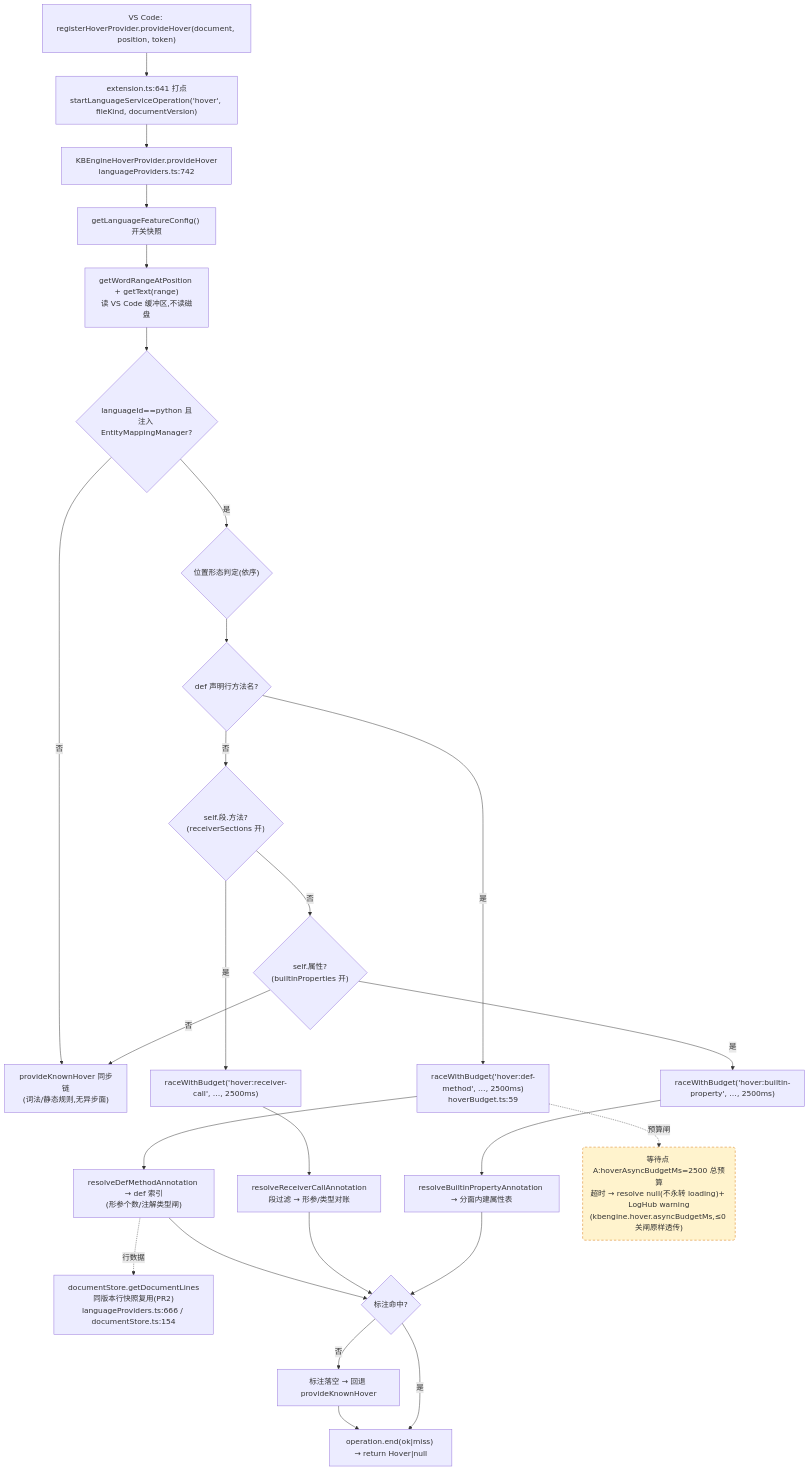
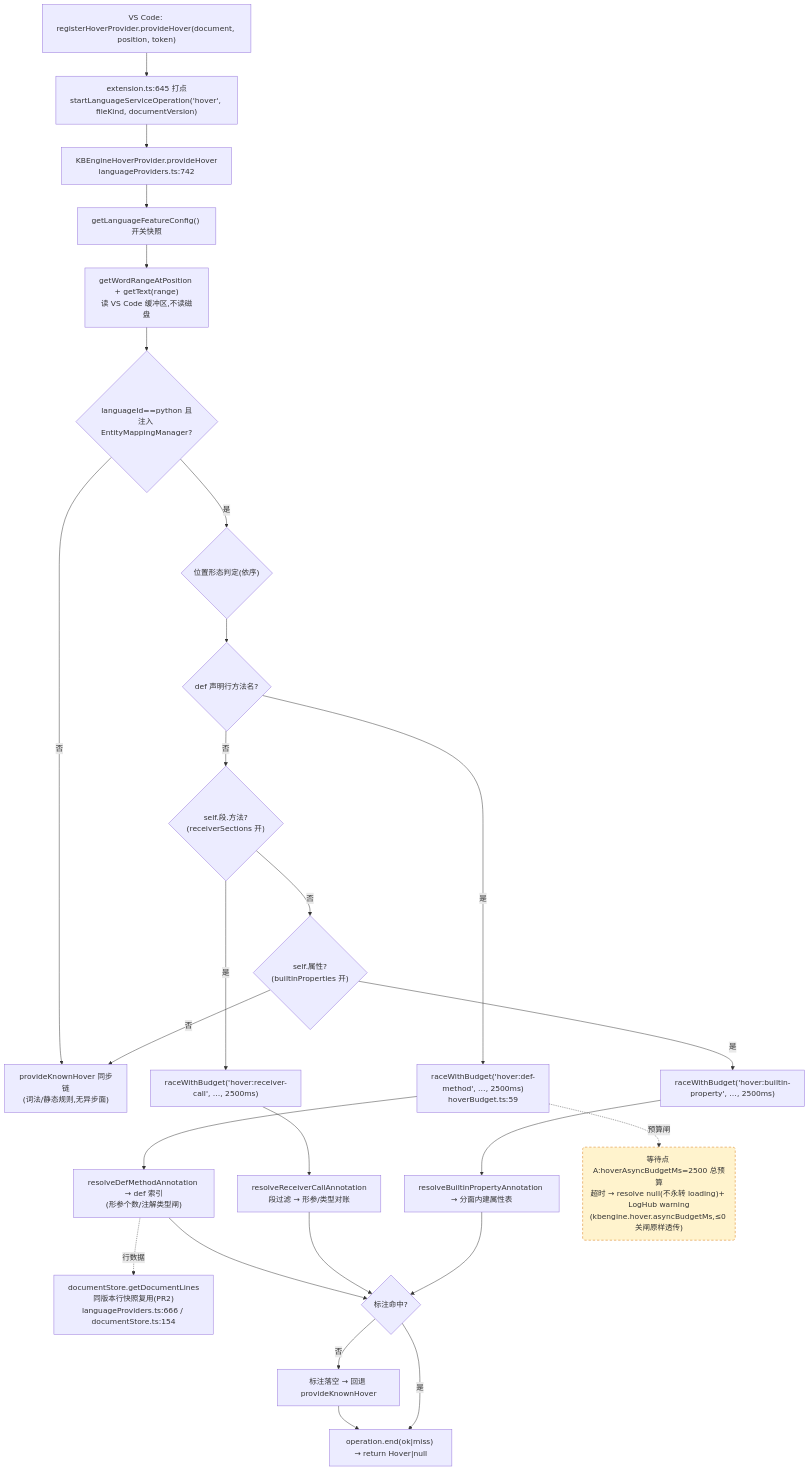
One commit to cuihairu/kode changed the first of 4 diagrams in docs/perf/2026-baseline.md. Above: the diagram before and after it, drawn with Mermaid. The commit also changed other lines of this file and 10 other files, not shown here.

````diff
--- a/docs/perf/2026-baseline.md
+++ b/docs/perf/2026-baseline.md
@@ -82,45 +82,45 @@
 ```mermaid
 flowchart TD
   VC1["VS Code: registerHoverProvider.provideHover(document, position, token)"]
-  M1["extension.ts:641 打点<br/>startLanguageServiceOperation('hover', fileKind, documentVersion)"]
+  M1["extension.ts:645 打点<br/>startLanguageServiceOperation('hover', fileKind, documentVersion)"]
   HP["KBEngineHoverProvider.provideHover<br/>languageProviders.ts:742"]
   CFG["getLanguageFeatureConfig() 开关快照"]
   WORD["getWordRangeAtPosition + getText(range)<br/>读 VS Code 缓冲区,不读磁盘"]
   BR{"languageId==python 且<br/>注入 EntityMappingManager?"}
   KN["provideKnownHover 同步链<br/>(词法/静态规则,无异步面)"]
   POS{"位置形态判定(依序)"}
   D1{"def 声明行方法名?"}
   D2{"self.段.方法?<br/>(receiverSections 开)"}
   D3{"self.属性?<br/>(builtinProperties 开)"}
   RA1["raceWithBudget('hover:def-method', …, 2500ms)<br/>hoverBudget.ts:59"]
   RA2["raceWithBudget('hover:receiver-call', …, 2500ms)"]
   RA3["raceWithBudget('hover:builtin-property', …, 2500ms)"]
   RS1["resolveDefMethodAnnotation → def 索引<br/>(形参个数/注解类型闸)"]
   RS2["resolveReceiverCallAnnotation<br/>段过滤 → 形参/类型对账"]
   RS3["resolveBuiltinPropertyAnnotation → 分面内建属性表"]
   LINES["documentStore.getDocumentLines<br/>同版本行快照复用(PR2)<br/>languageProviders.ts:666 / documentStore.ts:154"]
   MISS["标注落空 → 回退 provideKnownHover"]
   END1["operation.end(ok|miss) → return Hover|null"]
 
   VC1 --> M1 --> HP --> CFG --> WORD --> BR
   BR -- "否" --> KN
   BR -- "是" --> POS --> D1
   D1 -- "是" --> RA1 --> RS1
   D1 -- "否" --> D2
   D2 -- "是" --> RA2 --> RS2
   D2 -- "否" --> D3
   D3 -- "是" --> RA3 --> RS3
   D3 -- "否" --> KN
   RS1 --> HIT{"标注命中?"}
   RS2 --> HIT
   RS3 --> HIT
   RS1 -.->|行数据| LINES
   HIT -- "否" --> MISS --> END1
   HIT -- "是" --> END1
 
   WAITA("等待点 A:hoverAsyncBudgetMs=2500 总预算<br/>超时 → resolve null(不永转 loading)+ LogHub warning<br/>(kbengine.hover.asyncBudgetMs,≤0 关闸原样透传)")
   RA1 -.->|预算闸| WAITA
 
   classDef waitPoint fill:#fff3cd,stroke:#d97706,stroke-dasharray:5 4;
   class WAITA waitPoint;
 ```
````
